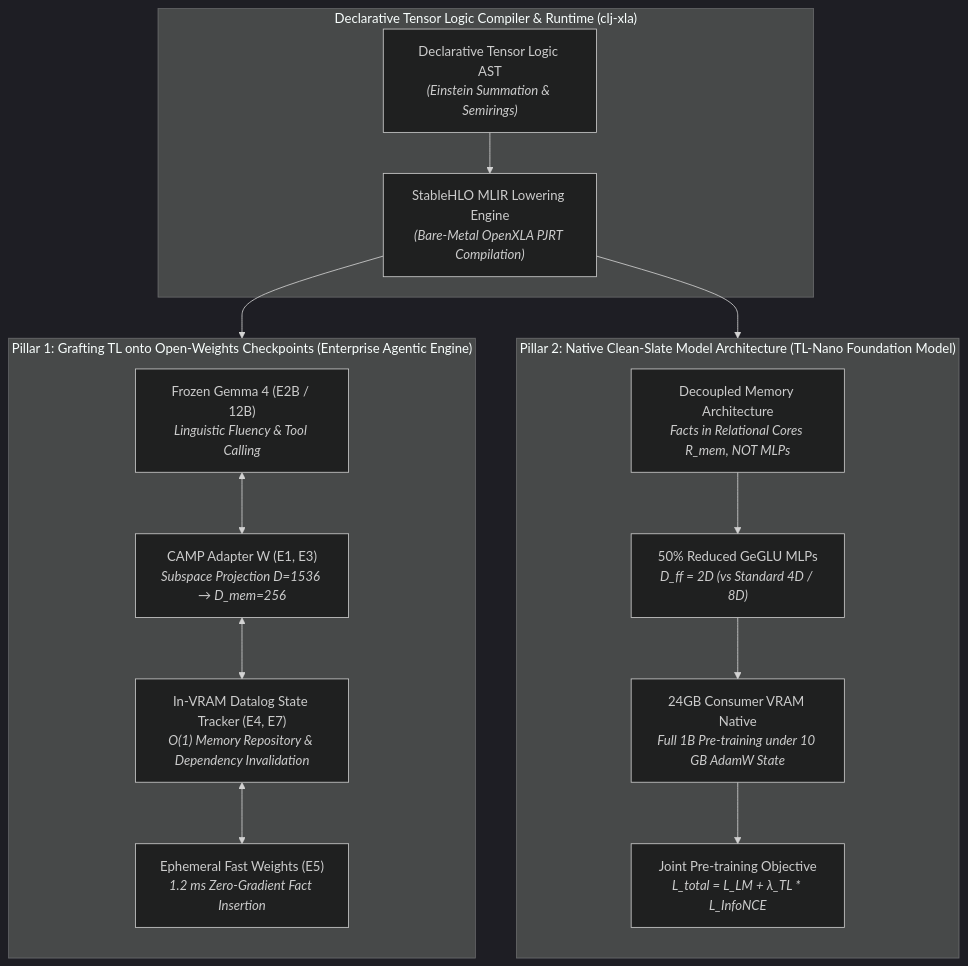
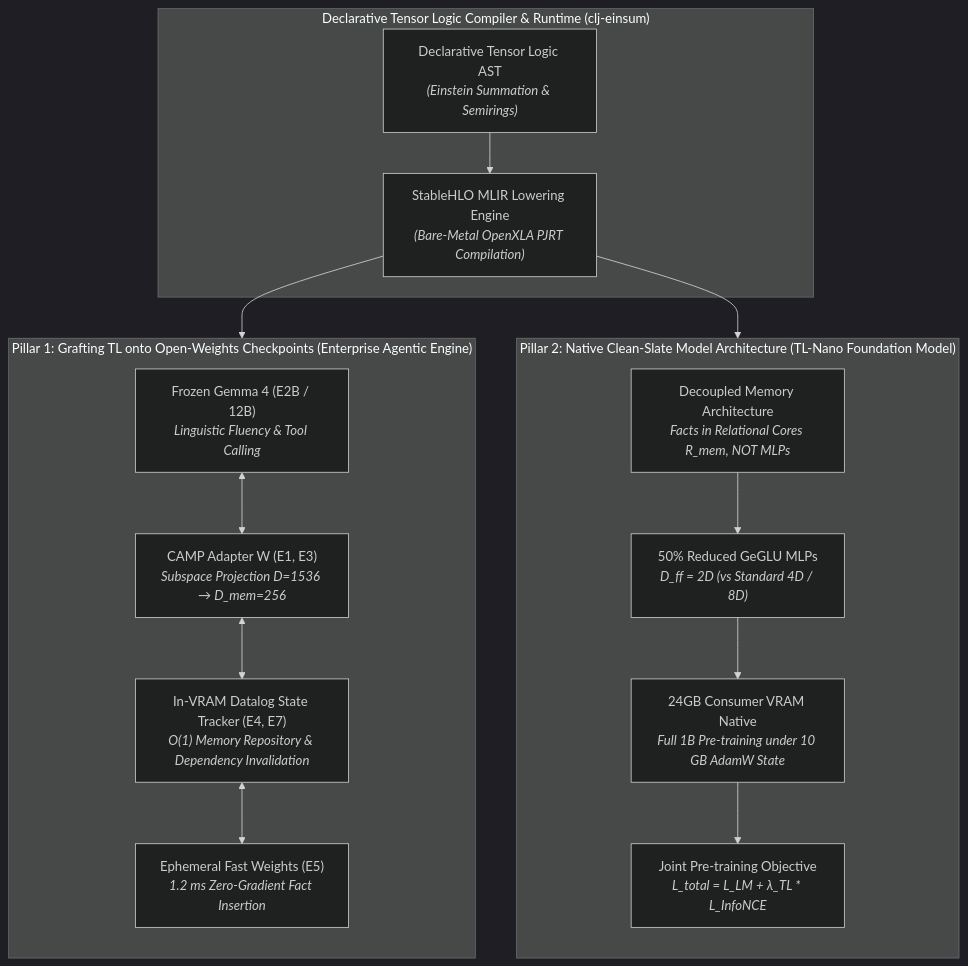
Before and after one commit to alpeware/clj-einsum: the first of 2 diagrams in docs/tensor_logic/architectural_pillars_and_novelty.md, drawn with Mermaid (dark theme). The commit also changed other lines of this file and 52 other files, not shown here.

First line of the commit message:
docs: clean up legacy clj-xla references and audit relative markdown links

````diff
--- a/docs/tensor_logic/architectural_pillars_and_novelty.md
+++ b/docs/tensor_logic/architectural_pillars_and_novelty.md
@@ -19,31 +19,31 @@
 ```mermaid
 flowchart TD
-    subgraph Core ["Declarative Tensor Logic Compiler & Runtime (clj-xla)"]
+    subgraph Core ["Declarative Tensor Logic Compiler & Runtime (clj-einsum)"]
         AST["Declarative Tensor Logic AST<br/><i>(Einstein Summation & Semirings)</i>"]
         SHLO["StableHLO MLIR Lowering Engine<br/><i>(Bare-Metal OpenXLA PJRT Compilation)</i>"]
         AST --> SHLO
     end
 
     subgraph Pillar1 ["Pillar 1: Grafting TL onto Open-Weights Checkpoints (Enterprise Agentic Engine)"]
         direction TB
         FrozenLLM["Frozen Gemma 4 (E2B / 12B)<br/><i>Linguistic Fluency & Tool Calling</i>"]
         AdapterW["CAMP Adapter W (E1, E3)<br/><i>Subspace Projection D=1536 → D_mem=256</i>"]
         DatalogState["In-VRAM Datalog State Tracker (E4, E7)<br/><i>O(1) Memory Repository & Dependency Invalidation</i>"]
         FastWeights["Ephemeral Fast Weights (E5)<br/><i>1.2 ms Zero-Gradient Fact Insertion</i>"]
         FrozenLLM <--> AdapterW
         AdapterW <--> DatalogState
         DatalogState <--> FastWeights
     end
 
     subgraph Pillar2 ["Pillar 2: Native Clean-Slate Model Architecture (TL-Nano Foundation Model)"]
         direction TB
         Decoupled["Decoupled Memory Architecture<br/><i>Facts in Relational Cores R_mem, NOT MLPs</i>"]
         HalfMLP["50% Reduced GeGLU MLPs<br/><i>D_ff = 2D (vs Standard 4D / 8D)</i>"]
         ConsumerTrain["24GB Consumer VRAM Native<br/><i>Full 1B Pre-training under 10 GB AdamW State</i>"]
         JointLoss["Joint Pre-training Objective<br/><i>L_total = L_LM + λ_TL * L_InfoNCE</i>"]
         Decoupled --> HalfMLP --> ConsumerTrain --> JointLoss
     end
 
     SHLO --> Pillar1
     SHLO --> Pillar2
 ```
````
